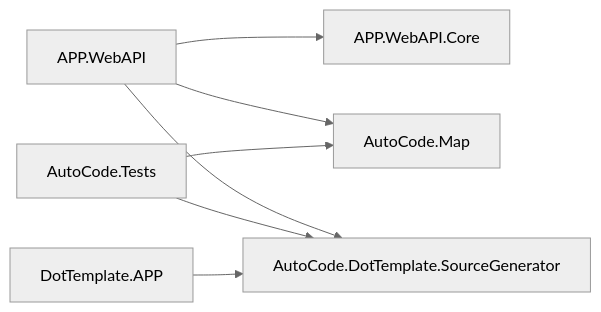
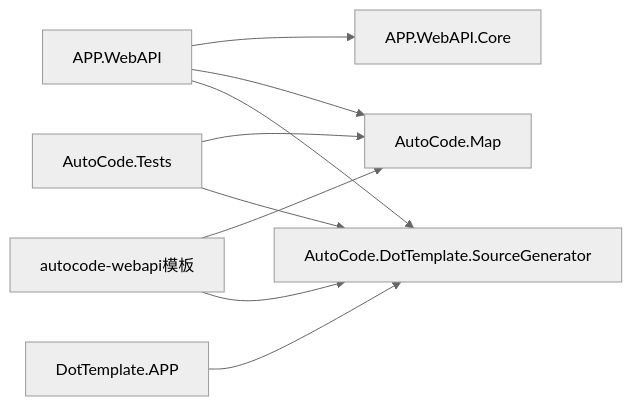
The eighth of 8 diagrams in .qoder/repowiki/zh/content/部署与发布/部署与发布.md (alivy/AutoCode), drawn with Mermaid (neutral theme) before and after one commit. The commit also changed other lines of this file and 150 other files, not shown here.

````diff
--- a/.qoder/repowiki/zh/content/部署与发布/部署与发布.md
+++ b/.qoder/repowiki/zh/content/部署与发布/部署与发布.md
@@ -261,9 +355,11 @@
 ```mermaid
 graph LR
 WebAPI["APP.WebAPI"] --> Core["APP.WebAPI.Core"]
 WebAPI --> MapGen["AutoCode.Map"]
 WebAPI --> TplSG["AutoCode.DotTemplate.SourceGenerator"]
 Tests["AutoCode.Tests"] --> MapGen
 Tests --> TplSG
 DotApp["DotTemplate.APP"] --> TplSG
+Template["autocode-webapi模板"] --> MapGen
+Template --> TplSG
 ```
````
